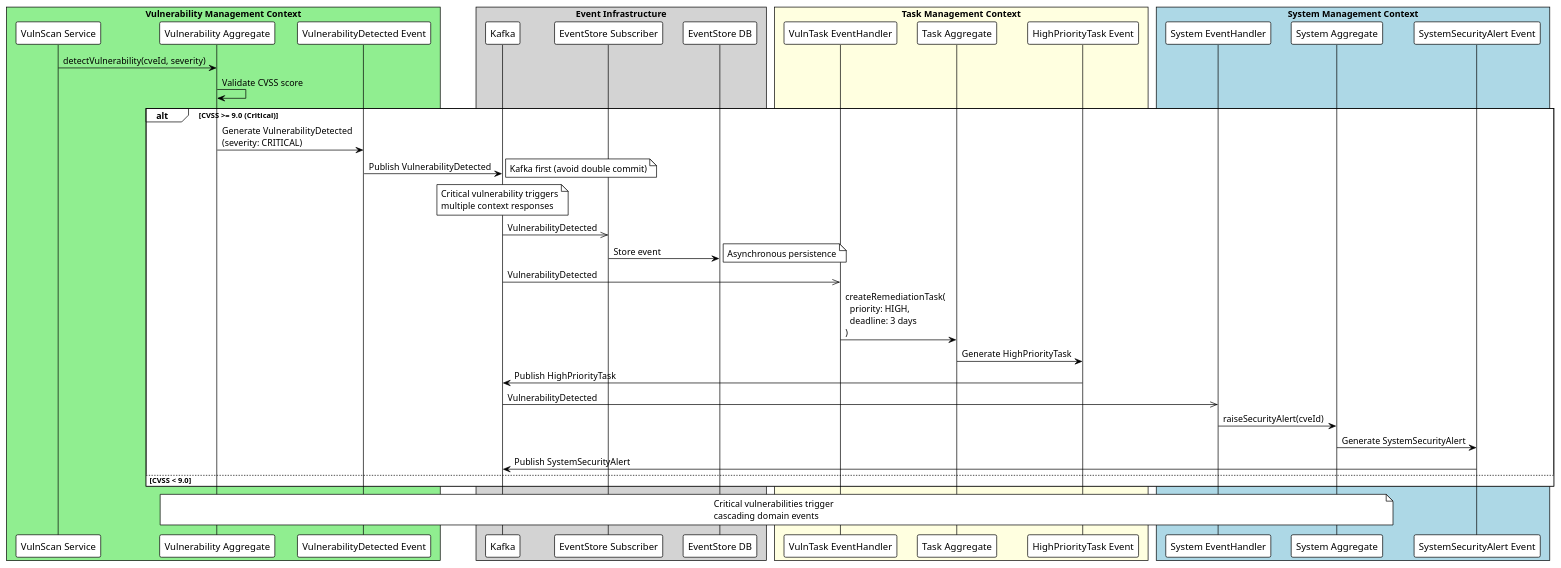
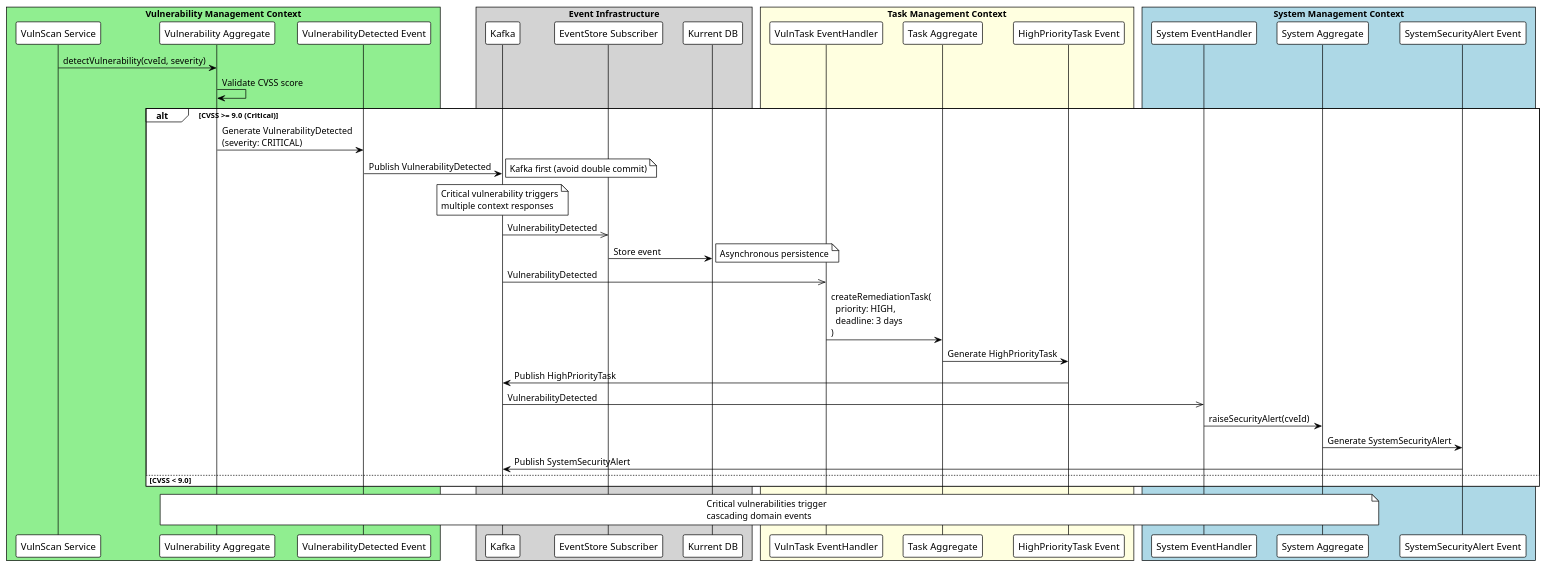
Before and after one commit to masakazu1967/system-board: the seventh of 7 diagrams in docs/architecture/event-sourcing-cqrs.md, drawn with PlantUML. The commit also changed other lines of this file and 4 other files, not shown here.

````diff
--- a/docs/architecture/event-sourcing-cqrs.md
+++ b/docs/architecture/event-sourcing-cqrs.md
@@ -145,57 +678,57 @@
 ```plantuml
 @startuml vulnerability_task_creation
 !theme plain
 
 box "Vulnerability Management Context" #lightgreen
     participant "VulnScan Service" as VSS
     participant "Vulnerability Aggregate" as VA
     participant "VulnerabilityDetected Event" as VDE
 end box
 
 box "Event Infrastructure" #lightgray
     participant "Kafka" as Kafka
     participant "EventStore Subscriber" as ESub
-    participant "EventStore DB" as ES
+    participant "Kurrent DB" as ES
 end box
 
 box "Task Management Context" #lightyellow
     participant "VulnTask EventHandler" as VTEH
     participant "Task Aggregate" as TA
     participant "HighPriorityTask Event" as HPTE
 end box
 
 box "System Management Context" #lightblue
     participant "System EventHandler" as SEH
     participant "System Aggregate" as SA
     participant "SystemSecurityAlert Event" as SSAE
 end box
 
 VSS -> VA: detectVulnerability(cveId, severity)
 VA -> VA: Validate CVSS score
 alt CVSS >= 9.0 (Critical)
     VA -> VDE: Generate VulnerabilityDetected\n(severity: CRITICAL)
     VDE -> Kafka: Publish VulnerabilityDetected
     note right: Kafka first (avoid double commit)
 
     note over Kafka: Critical vulnerability triggers\nmultiple context responses
 
     Kafka ->> ESub: VulnerabilityDetected
     ESub -> ES: Store event
     note right: Asynchronous persistence
 
     Kafka ->> VTEH: VulnerabilityDetected
     VTEH -> TA: createRemediationTask(\n  priority: HIGH,\n  deadline: 3 days\n)
     TA -> HPTE: Generate HighPriorityTask
     HPTE -> Kafka: Publish HighPriorityTask
 
     Kafka ->> SEH: VulnerabilityDetected
     SEH -> SA: raiseSecurityAlert(cveId)
     SA -> SSAE: Generate SystemSecurityAlert
     SSAE -> Kafka: Publish SystemSecurityAlert
 else CVSS < 9.0
     note right: Standard vulnerability\nprocessing
 end
 
 note over VA,SA: Critical vulnerabilities trigger\ncascading domain events
 @enduml
 ```
````
